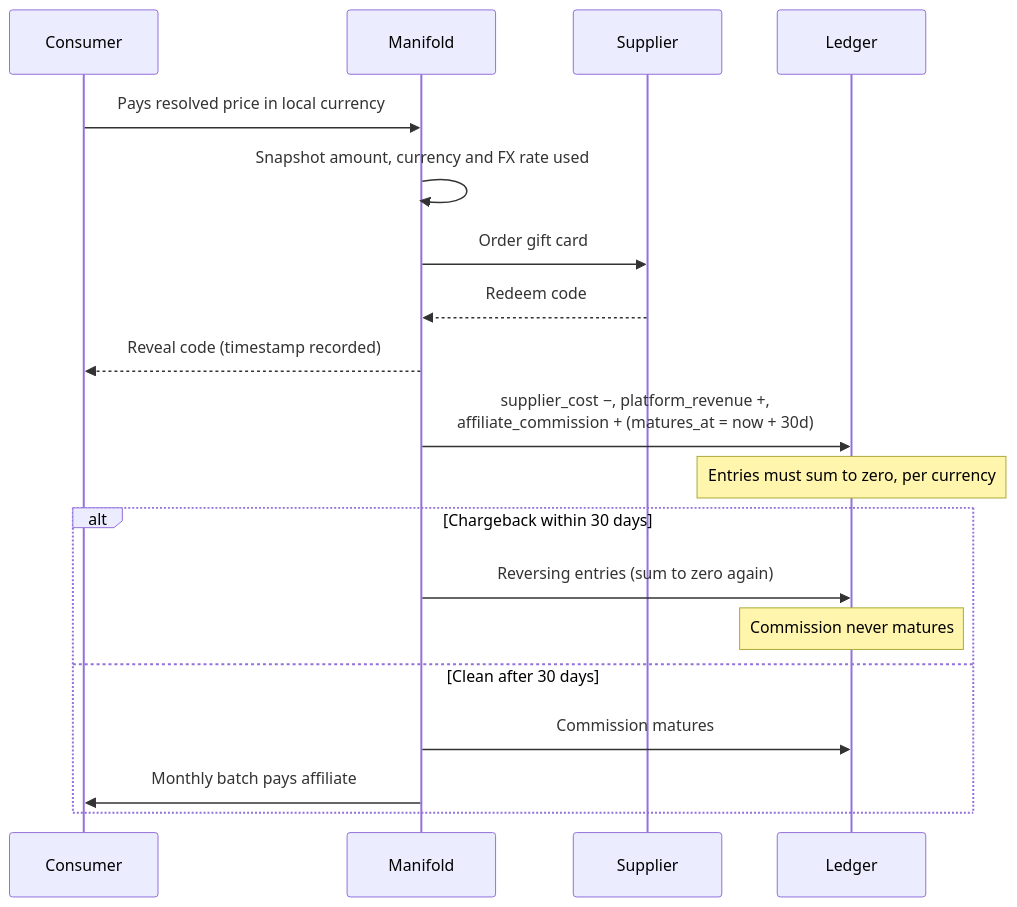
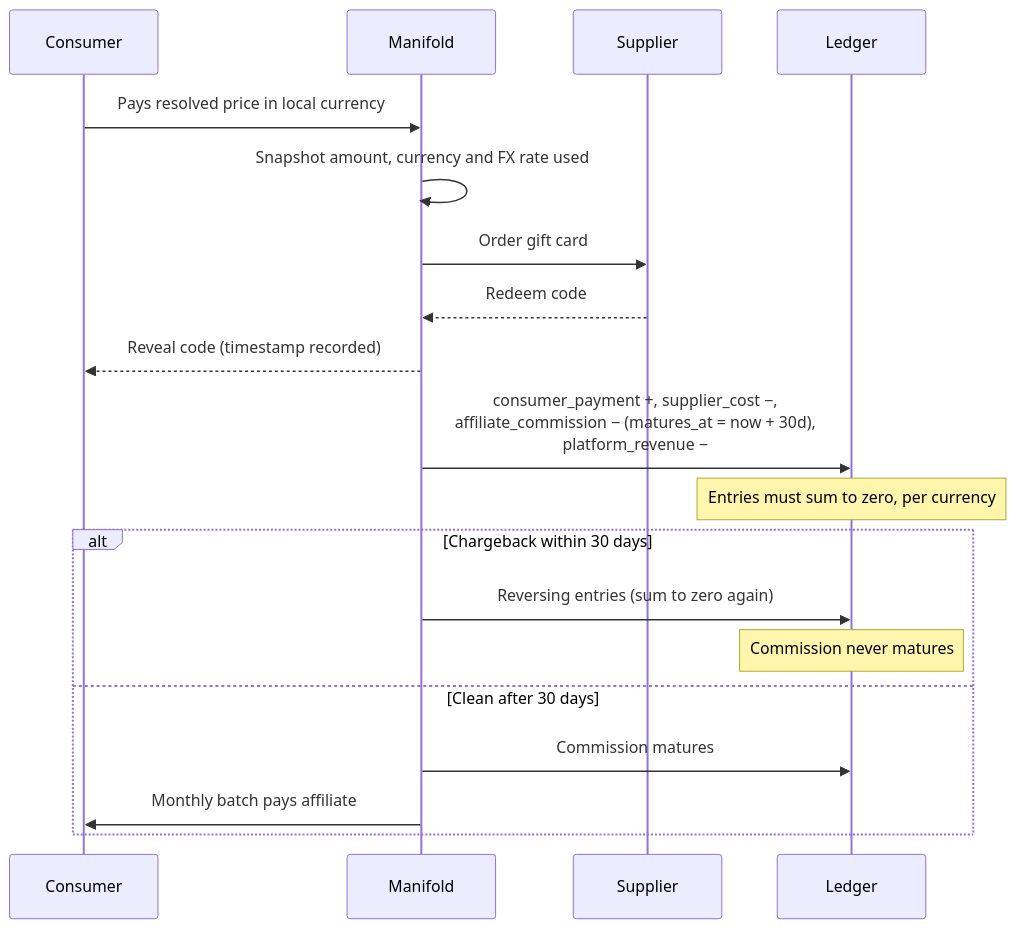
One commit to pedromello/manifoldpowered.com changed the third of 3 diagrams in docs/payments-tasks.md. Above: the diagram before and after it, drawn with Mermaid. The commit also changed other lines of this file and 7 other files, not shown here.

````diff
--- a/docs/payments-tasks.md
+++ b/docs/payments-tasks.md
@@ -87,23 +87,23 @@
 ```mermaid
 sequenceDiagram
     participant C as Consumer
     participant M as Manifold
     participant S as Supplier
     participant L as Ledger
 
     C->>M: Pays resolved price in local currency
     M->>M: Snapshot amount, currency and FX rate used
     M->>S: Order gift card
     S-->>M: Redeem code
     M-->>C: Reveal code (timestamp recorded)
-    M->>L: supplier_cost −, platform_revenue +,<br/>affiliate_commission + (matures_at = now + 30d)
+    M->>L: consumer_payment +, supplier_cost −,<br/>affiliate_commission − (matures_at = now + 30d),<br/>platform_revenue −
     Note over L: Entries must sum to zero, per currency
 
     alt Chargeback within 30 days
         M->>L: Reversing entries (sum to zero again)
         Note over L: Commission never matures
     else Clean after 30 days
         M->>L: Commission matures
         M->>C: Monthly batch pays affiliate
     end
 ```
````
